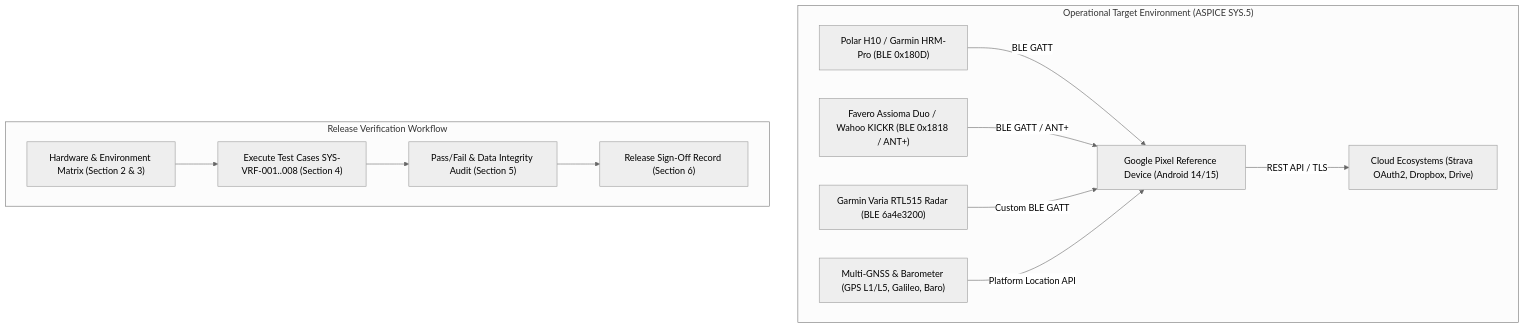
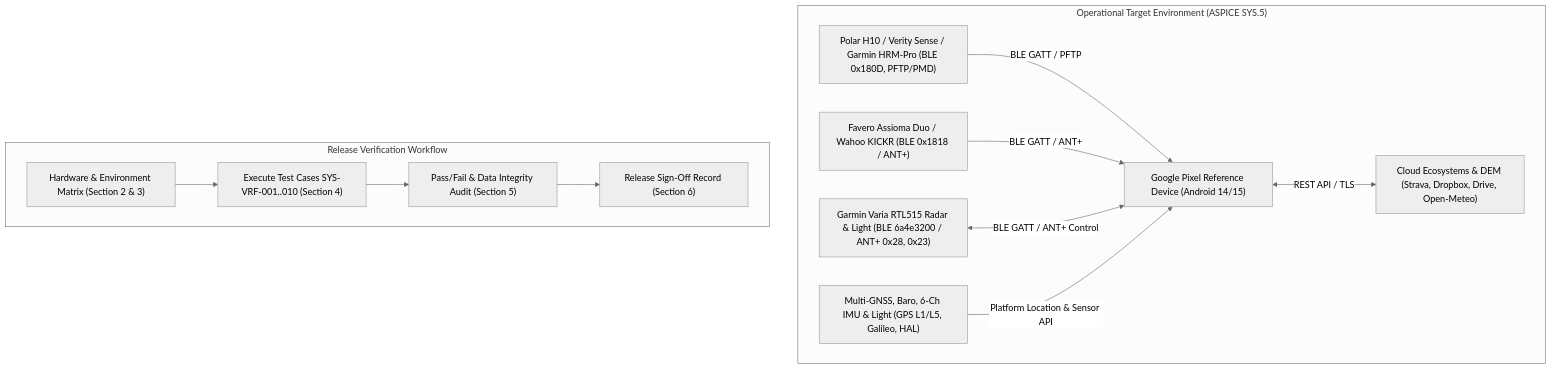
The first of 2 diagrams in docs/system/sys_verification_protocol.md (rainerblind/aTrainingTracker), drawn with Mermaid (neutral theme) before and after one commit. The commit also changed other lines of this file and 33 other files, not shown here.

Commit message:
feat(ATT-8201): specify 21 SYSREQ capabilities, synchronize SYS.3 architecture, and remove GRANDFATHERED_SYSREQS (REQ-PRO-131)

````diff
--- a/docs/system/sys_verification_protocol.md
+++ b/docs/system/sys_verification_protocol.md
@@ -24,28 +24,28 @@
 ```mermaid
 graph TD
     subgraph TargetEnv ["Operational Target Environment (ASPICE SYS.5)"]
         Phone["Google Pixel Reference Device (Android 14/15)"]
-        HrSensor["Polar H10 / Garmin HRM-Pro (BLE 0x180D)"]
+        HrSensor["Polar H10 / Verity Sense / Garmin HRM-Pro (BLE 0x180D, PFTP/PMD)"]
         PwrSensor["Favero Assioma Duo / Wahoo KICKR (BLE 0x1818 / ANT+)"]
-        RdrSensor["Garmin Varia RTL515 Radar (BLE 6a4e3200)"]
-        GnssConstellation["Multi-GNSS & Barometer (GPS L1/L5, Galileo, Baro)"]
-        CloudBackend["Cloud Ecosystems (Strava OAuth2, Dropbox, Drive)"]
+        RdrSensor["Garmin Varia RTL515 Radar & Light (BLE 6a4e3200 / ANT+ 0x28, 0x23)"]
+        GnssConstellation["Multi-GNSS, Baro, 6-Ch IMU & Light (GPS L1/L5, Galileo, HAL)"]
+        CloudBackend["Cloud Ecosystems & DEM (Strava, Dropbox, Drive, Open-Meteo)"]
 
-        HrSensor -->|"BLE GATT"| Phone
+        HrSensor -->|"BLE GATT / PFTP"| Phone
         PwrSensor -->|"BLE GATT / ANT+"| Phone
-        RdrSensor -->|"Custom BLE GATT"| Phone
-        GnssConstellation -->|"Platform Location API"| Phone
-        Phone -->|"REST API / TLS"| CloudBackend
+        RdrSensor <-->|"BLE GATT / ANT+ Control"| Phone
+        GnssConstellation -->|"Platform Location & Sensor API"| Phone
+        Phone <-->|"REST API / TLS"| CloudBackend
     end
 
     subgraph VerificationCycle ["Release Verification Workflow"]
         Matrix["Hardware & Environment Matrix (Section 2 & 3)"]
-        ExecCases["Execute Test Cases SYS-VRF-001..008 (Section 4)"]
+        ExecCases["Execute Test Cases SYS-VRF-001..010 (Section 4)"]
         DataAudit["Pass/Fail & Data Integrity Audit (Section 5)"]
         SignOff["Release Sign-Off Record (Section 6)"]
 
         Matrix --> ExecCases
         ExecCases --> DataAudit
         DataAudit --> SignOff
     end
 ```
````
